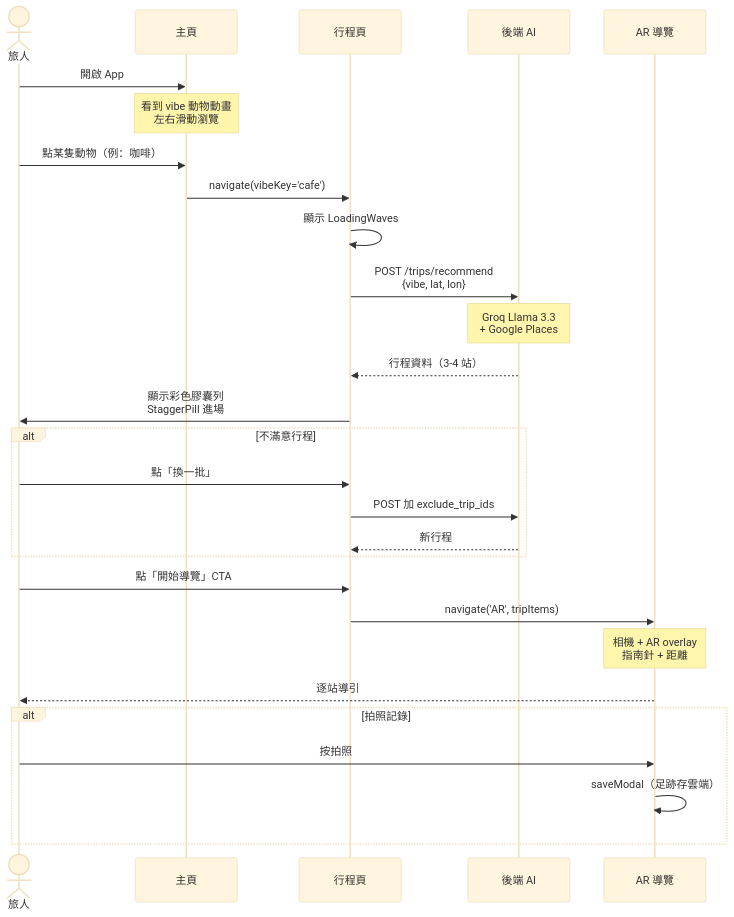
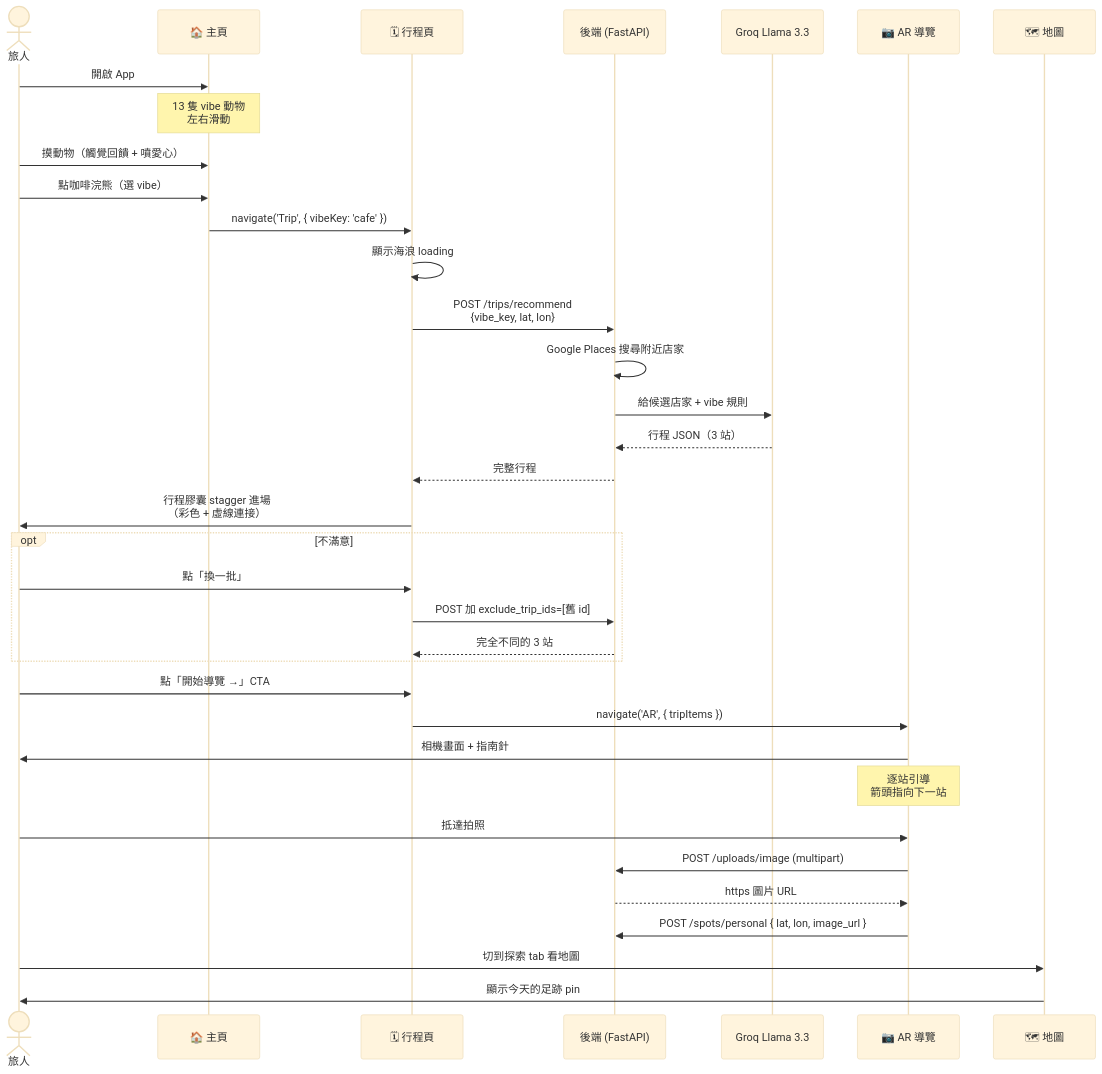
Before and after one commit to starsky58uu/vibetrip: the third of 11 diagrams in FLOW.md, drawn with Mermaid (base theme). The commit also changed other lines of this file and 1 other file, not shown here.

Commit message:
改架構圖

````diff
--- a/FLOW.md
+++ b/FLOW.md
@@ -45,36 +67,46 @@
 ```mermaid
 sequenceDiagram
     actor User as 旅人
-    participant Home as 主頁
-    participant Trip as 行程頁
-    participant API as 後端 AI
-    participant AR as AR 導覽
+    participant Home as 🏠 主頁
+    participant Trip as 🗓 行程頁
+    participant API as 後端 (FastAPI)
+    participant AI as Groq Llama 3.3
+    participant AR as 📷 AR 導覽
+    participant Map as 🗺 地圖
 
     User->>Home: 開啟 App
-    Note over Home: 看到 vibe 動物動畫<br/>左右滑動瀏覽
-    User->>Home: 點某隻動物（例：咖啡）
-    Home->>Trip: navigate(vibeKey='cafe')
+    Note over Home: 13 隻 vibe 動物<br/>左右滑動
 
-    Trip->>Trip: 顯示 LoadingWaves
-    Trip->>API: POST /trips/recommend<br/>{vibe, lat, lon}
-    Note over API: Groq Llama 3.3<br/>+ Google Places
-    API-->>Trip: 行程資料（3-4 站）
-    Trip->>User: 顯示彩色膠囊列<br/>StaggerPill 進場
+    User->>Home: 摸動物（觸覺回饋 + 噴愛心）
+    User->>Home: 點咖啡浣熊（選 vibe）
+    Home->>Trip: navigate('Trip', { vibeKey: 'cafe' })
 
-    alt 不滿意行程
+    Trip->>Trip: 顯示海浪 loading
+    Trip->>API: POST /trips/recommend<br/>{vibe_key, lat, lon}
+    API->>API: Google Places 搜尋附近店家
+    API->>AI: 給候選店家 + vibe 規則
+    AI-->>API: 行程 JSON（3 站）
+    API-->>Trip: 完整行程
+
+    Trip->>User: 行程膠囊 stagger 進場<br/>（彩色 + 虛線連接）
+
+    opt 不滿意
         User->>Trip: 點「換一批」
-        Trip->>API: POST 加 exclude_trip_ids
-        API-->>Trip: 新行程
+        Trip->>API: POST 加 exclude_trip_ids=[舊 id]
+        API-->>Trip: 完全不同的 3 站
     end
 
-    User->>Trip: 點「開始導覽」CTA
-    Trip->>AR: navigate('AR', tripItems)
+    User->>Trip: 點「開始導覽 →」CTA
+    Trip->>AR: navigate('AR', { tripItems })
 
-    Note over AR: 相機 + AR overlay<br/>指南針 + 距離
-    AR-->>User: 逐站導引
+    AR->>User: 相機畫面 + 指南針
+    Note over AR: 逐站引導<br/>箭頭指向下一站
 
-    alt 拍照記錄
-        User->>AR: 按拍照
-        AR->>AR: saveModal（足跡存雲端）
-    end
+    User->>AR: 抵達拍照
+    AR->>API: POST /uploads/image (multipart)
+    API-->>AR: https 圖片 URL
+    AR->>API: POST /spots/personal { lat, lon, image_url }
+
+    User->>Map: 切到探索 tab 看地圖
+    Map->>User: 顯示今天的足跡 pin
 ```
````
